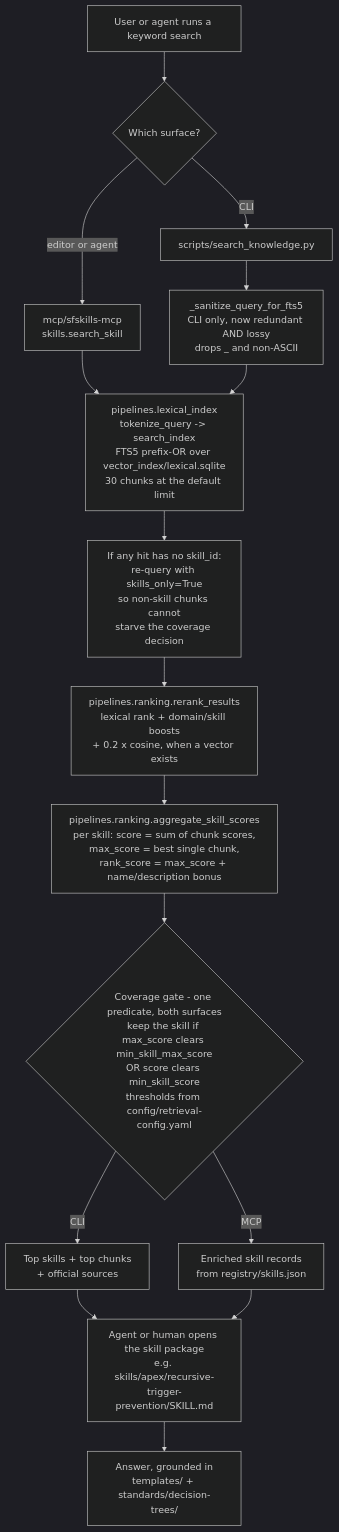
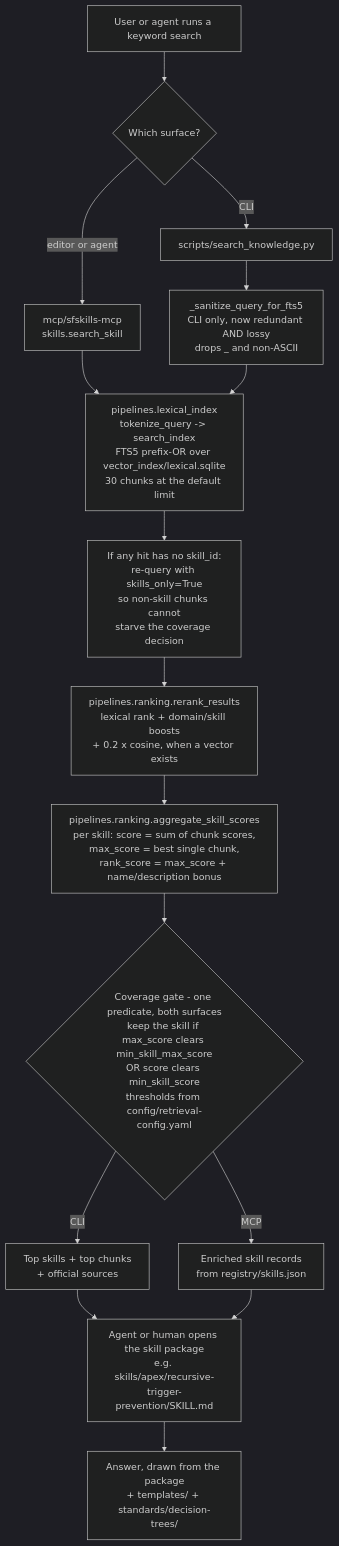
The second of 3 diagrams in docs/architecture.md (PranavNagrecha/AwesomeSalesforceSkills), drawn with Mermaid (dark theme) before and after one commit. The commit also changed other lines of this file and 71 other files, not shown here.

````diff
--- a/docs/architecture.md
+++ b/docs/architecture.md
@@ -419,26 +403,26 @@
 ```mermaid
 flowchart TD
     Q["User or agent runs a keyword search"] --> S{Which surface?}
 
     S -->|CLI| CLI["scripts/search_knowledge.py"]
     S -->|editor or agent| MCP["mcp/sfskills-mcp<br/>skills.search_skill"]
 
     CLI --> SAN["_sanitize_query_for_fts5<br/>CLI only, now redundant AND lossy<br/>drops _ and non-ASCII"]
     MCP --> LEX
 
     SAN --> LEX["pipelines.lexical_index<br/>tokenize_query -> search_index<br/>FTS5 prefix-OR over vector_index/lexical.sqlite<br/>30 chunks at the default limit"]
 
     LEX --> SKW["If any hit has no skill_id:<br/>re-query with skills_only=True<br/>so non-skill chunks cannot<br/>starve the coverage decision"]
 
     SKW --> RR["pipelines.ranking.rerank_results<br/>lexical rank + domain/skill boosts<br/>+ 0.2 x cosine, when a vector exists"]
 
     RR --> AGG["pipelines.ranking.aggregate_skill_scores<br/>per skill: score = sum of chunk scores,<br/>max_score = best single chunk,<br/>rank_score = max_score + name/description bonus"]
 
     AGG --> GATE{"Coverage gate - one predicate, both surfaces<br/>keep the skill if max_score clears min_skill_max_score<br/>OR score clears min_skill_score<br/>thresholds from config/retrieval-config.yaml"}
     GATE -->|CLI| OUT1["Top skills + top chunks<br/>+ official sources"]
     GATE -->|MCP| OUT2["Enriched skill records<br/>from registry/skills.json"]
 
     OUT1 --> READ["Agent or human opens the skill package<br/>e.g. skills/apex/recursive-trigger-prevention/SKILL.md"]
     OUT2 --> READ
-    READ --> ANS["Answer, grounded in<br/>templates/ + standards/decision-trees/"]
+    READ --> ANS["Answer, drawn from the package<br/>+ templates/ + standards/decision-trees/"]
 ```
````
